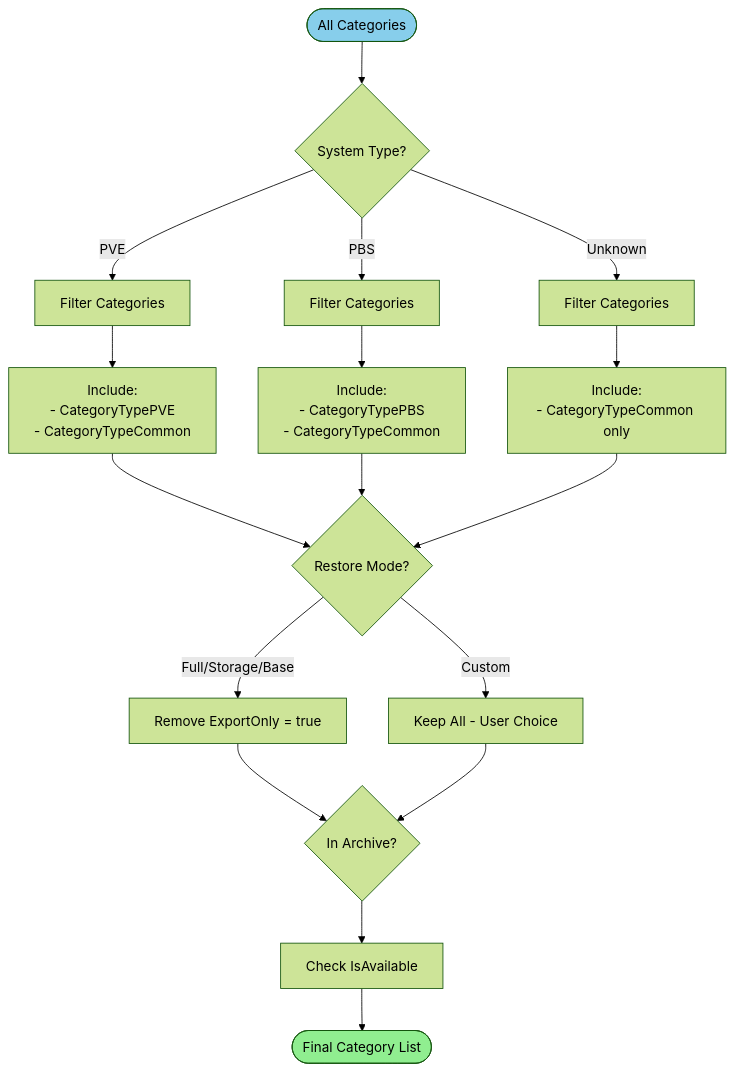
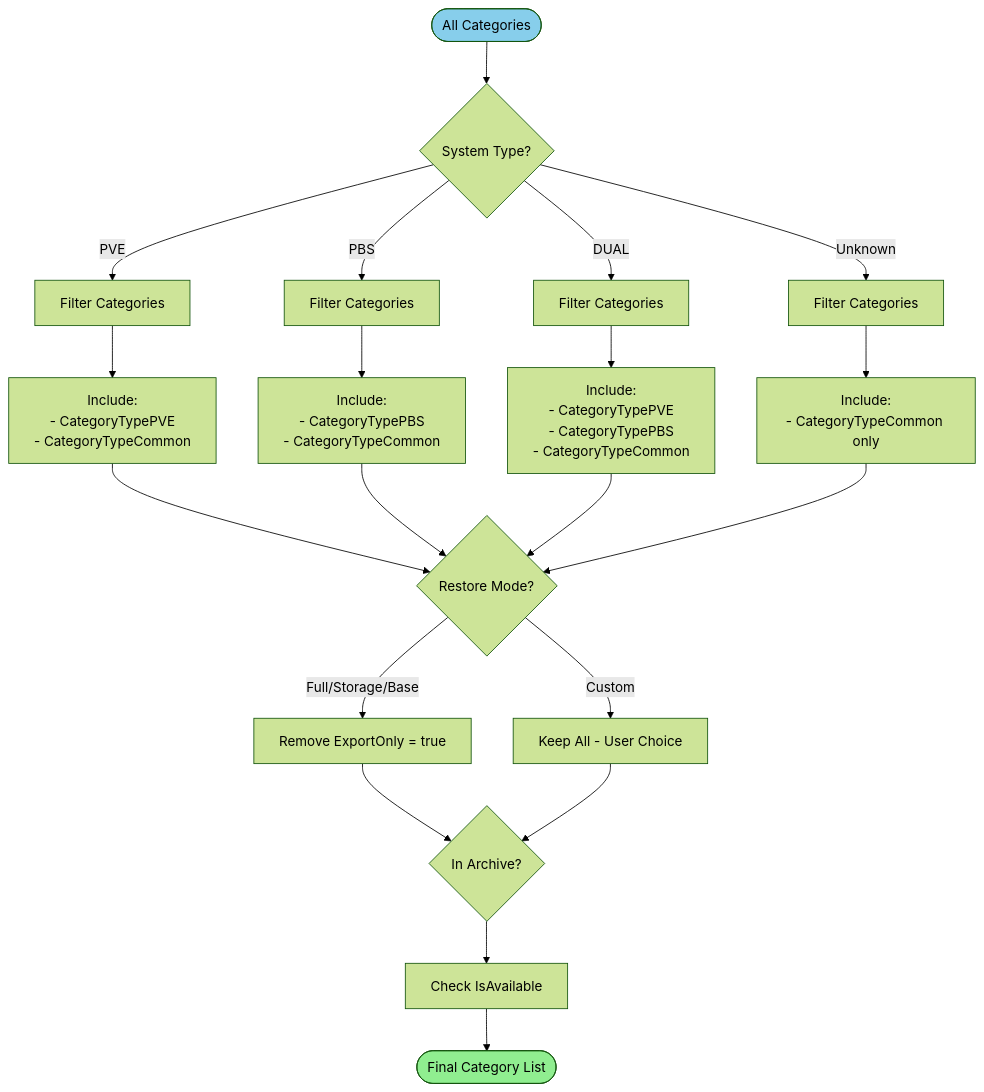
One commit to tis24dev/proxsave changed the eighth of 12 diagrams in docs/RESTORE_DIAGRAMS.md. Above: the diagram before and after it, drawn with Mermaid (forest theme). The commit also changed other lines of this file and 148 other files, not shown here.

````diff
--- a/docs/RESTORE_DIAGRAMS.md
+++ b/docs/RESTORE_DIAGRAMS.md
@@ -453,28 +458,31 @@
 ```mermaid
 flowchart TD
     Start([All Categories]) --> CheckSystem{System Type?}
 
     CheckSystem -->|PVE| FilterPVE[Filter Categories]
     CheckSystem -->|PBS| FilterPBS[Filter Categories]
+    CheckSystem -->|DUAL| FilterDual[Filter Categories]
     CheckSystem -->|Unknown| FilterCommon[Filter Categories]
 
     FilterPVE --> IncludePVE["Include:<br/>- CategoryTypePVE<br/>- CategoryTypeCommon"]
     FilterPBS --> IncludePBS["Include:<br/>- CategoryTypePBS<br/>- CategoryTypeCommon"]
+    FilterDual --> IncludeDual["Include:<br/>- CategoryTypePVE<br/>- CategoryTypePBS<br/>- CategoryTypeCommon"]
     FilterCommon --> IncludeOnlyCommon["Include:<br/>- CategoryTypeCommon only"]
 
     IncludePVE --> CheckMode{Restore Mode?}
     IncludePBS --> CheckMode
+    IncludeDual --> CheckMode
     IncludeOnlyCommon --> CheckMode
 
     CheckMode -->|Full/Storage/Base| RemoveExport[Remove ExportOnly = true]
     CheckMode -->|Custom| KeepAll[Keep All - User Choice]
 
     RemoveExport --> Available{In Archive?}
     KeepAll --> Available
 
     Available --> CheckAvailable[Check IsAvailable]
     CheckAvailable --> Result([Final Category List])
 
     style Start fill:#87CEEB
     style Result fill:#90EE90
 ```
````
